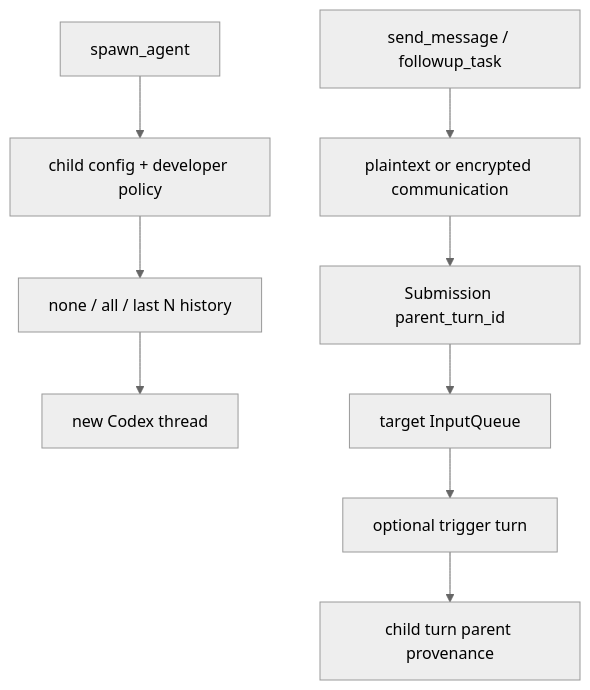
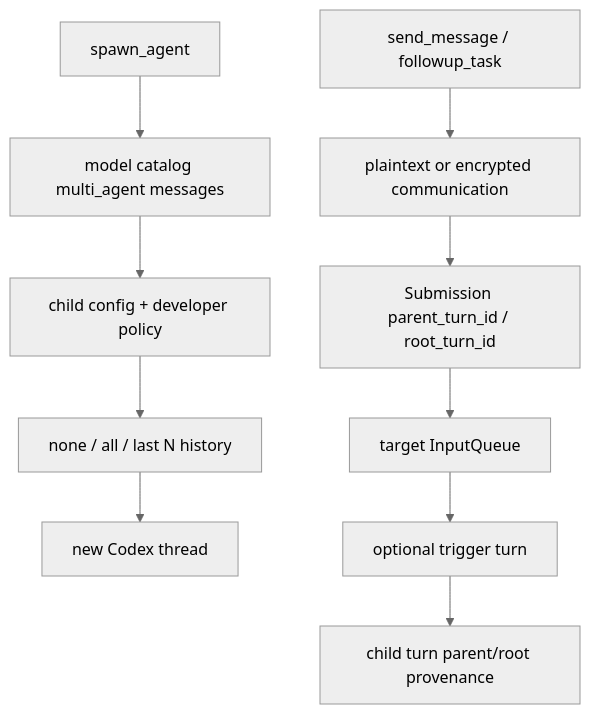
One commit to wdnmdtonyma/SOTA-Agent-LLM-Wiki changed the diagram in docs/llm-wiki/codex/spine/trace-subagent.md. Above: the diagram before and after it, drawn with Mermaid (neutral theme). The commit also changed other lines of this file and 197 other files, not shown here.

````diff
--- a/docs/llm-wiki/codex/spine/trace-subagent.md
+++ b/docs/llm-wiki/codex/spine/trace-subagent.md
@@ -16,11 +16,12 @@
 ```mermaid
 flowchart TD
-    SPAWN["spawn_agent"] --> CONFIG["child config + developer policy"]
+    SPAWN["spawn_agent"] --> CATALOG["model catalog multi_agent messages"]
+    CATALOG --> CONFIG["child config + developer policy"]
     CONFIG --> FORK["none / all / last N history"]
     FORK --> CHILD["new Codex thread"]
     MESSAGE["send_message / followup_task"] --> SOURCE["plaintext or encrypted communication"]
-    SOURCE --> SUBMIT["Submission parent_turn_id"]
+    SOURCE --> SUBMIT["Submission parent_turn_id / root_turn_id"]
     SUBMIT --> QUEUE["target InputQueue"]
     QUEUE --> TURN["optional trigger turn"]
-    TURN --> META["child turn parent provenance"]
+    TURN --> META["child turn parent/root provenance"]
 ```
````
